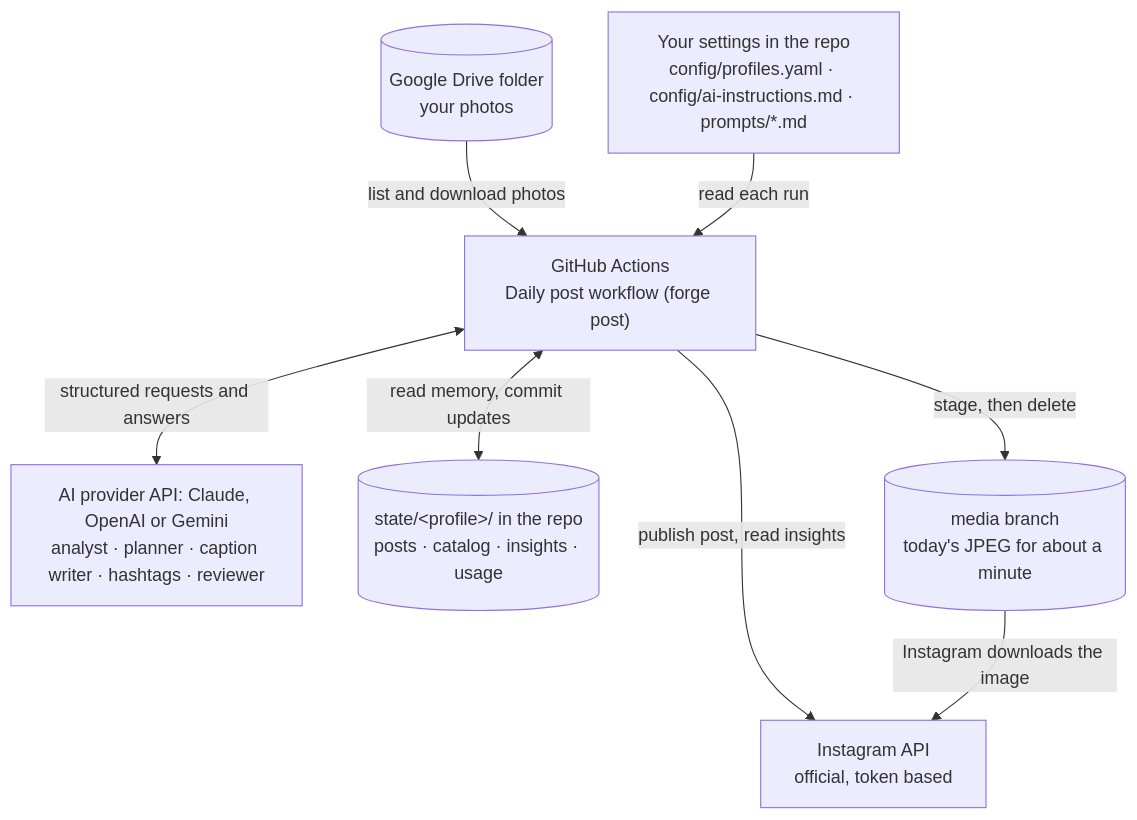
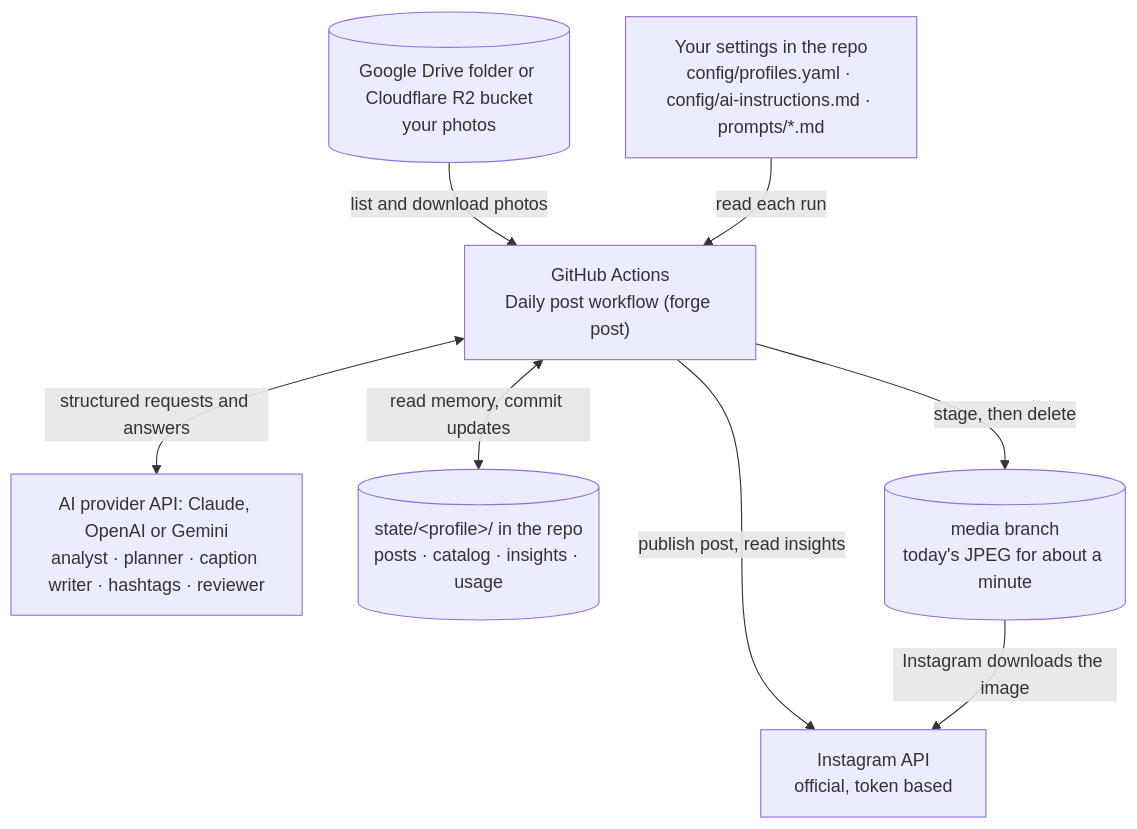
Before and after one commit to sritajkumarpatel/instaPostsForge: the first of 3 diagrams in docs/ARCHITECTURE.md, drawn with Mermaid. The commit also changed other lines of this file and 4 other files, not shown here.

First line of the commit message:
Docs: photos from Google Drive or Cloudflare R2

````diff
--- a/docs/ARCHITECTURE.md
+++ b/docs/ARCHITECTURE.md
@@ -7,18 +7,18 @@
 ```mermaid
 flowchart TB
-    Drive[("Google Drive folder<br/>your photos")]
+    Drive[("Google Drive folder or Cloudflare R2 bucket<br/>your photos")]
     Config["Your settings in the repo<br/>config/profiles.yaml · config/ai-instructions.md · prompts/*.md"]
     Actions["GitHub Actions<br/>Daily post workflow (forge post)"]
     Claude["AI provider API: Claude, OpenAI or Gemini<br/>analyst · planner · caption writer · hashtags · reviewer"]
     State[("state/#lt;profile#gt;/ in the repo<br/>posts · catalog · insights · usage")]
     Media[("media branch<br/>today's JPEG for about a minute")]
     IG["Instagram API<br/>official, token based"]
 
     Drive -->|"list and download photos"| Actions
     Config -->|"read each run"| Actions
     Actions <-->|"structured requests and answers"| Claude
     Actions <-->|"read memory, commit updates"| State
     Actions -->|"stage, then delete"| Media
     Actions -->|"publish post, read insights"| IG
     Media -->|"Instagram downloads the image"| IG
 ```
````
